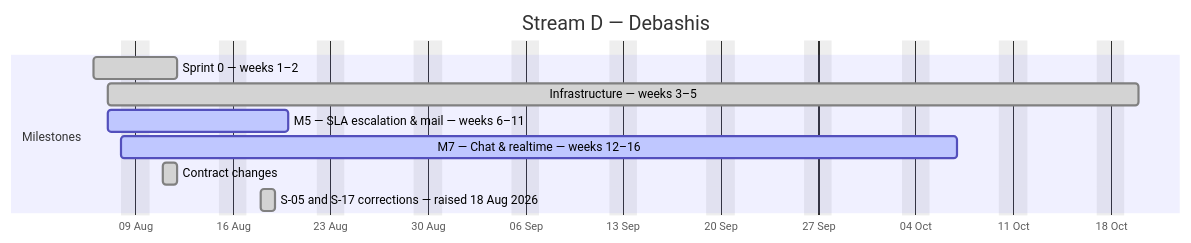
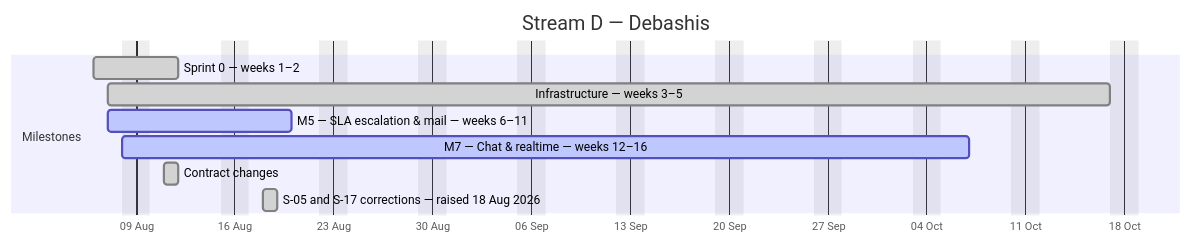
One commit to debashisedunext/EduTrack changed the fourth of 4 diagrams in docs/plan/GANTT.md. Above: the diagram before and after it, drawn with Mermaid. The commit also changed other lines of this file and 3 other files, not shown here.

````diff
--- a/docs/plan/GANTT.md
+++ b/docs/plan/GANTT.md
@@ -149,14 +149,14 @@
 ```mermaid
 gantt
     dateFormat YYYY-MM-DD
     axisFormat %d %b
     title Stream D — Debashis
     excludes weekends
     section Milestones
     Sprint 0 — weeks 1–2 :done, d0, 2026-08-06, 4d
-    Infrastructure — weeks 3–5 :done, d1, 2026-08-07, 52d
+    Infrastructure — weeks 3–5 :done, d1, 2026-08-07, 51d
     M5 — SLA  escalation & mail — weeks 6–11 :active, d2, 2026-08-07, 9d
     M7 — Chat & realtime — weeks 12–16 :active, d3, 2026-08-08, 43d
     Contract changes :done, d4, 2026-08-11, 1d
     S-05 and S-17 corrections — raised 18 Aug 2026 :done, d5, 2026-08-18, 1d
 ```
````
